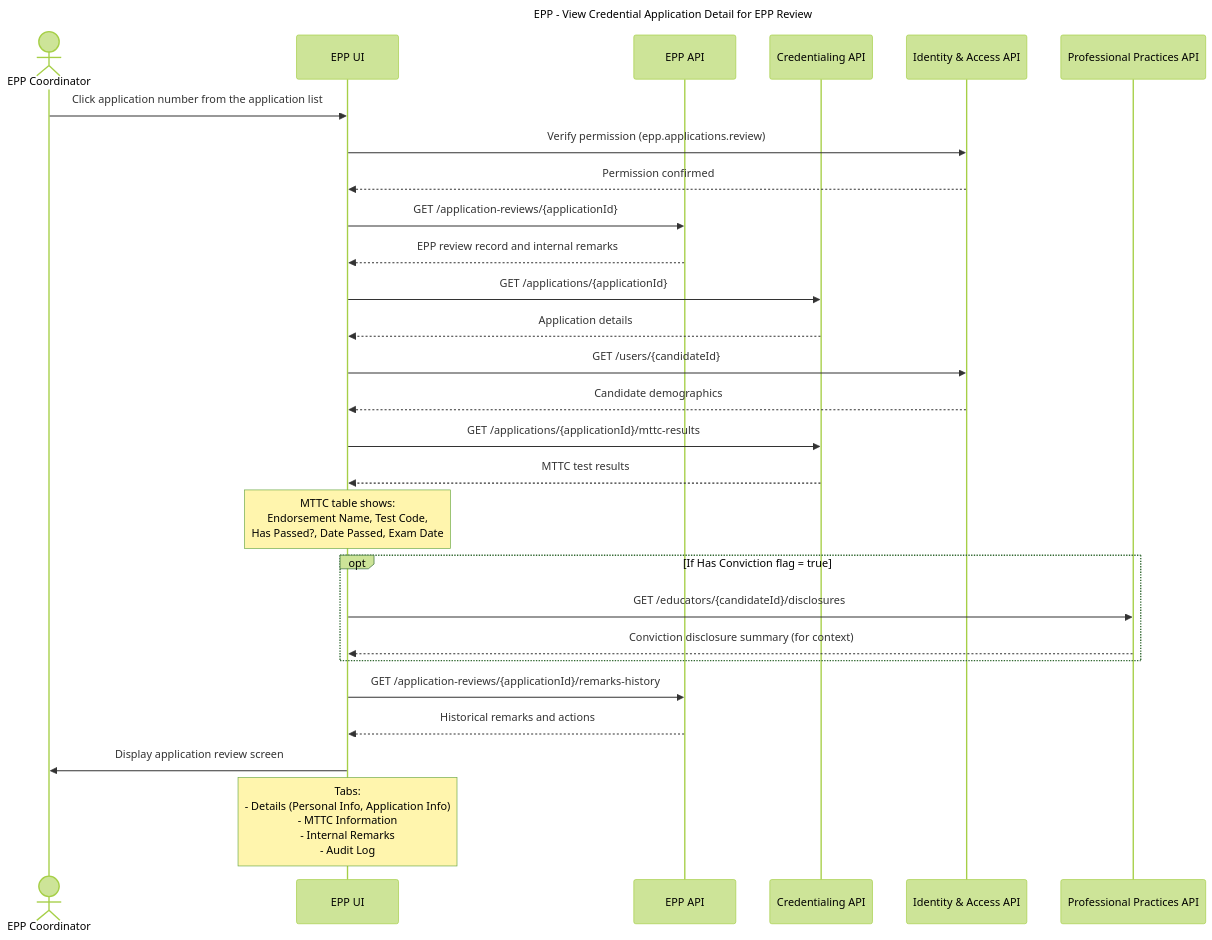
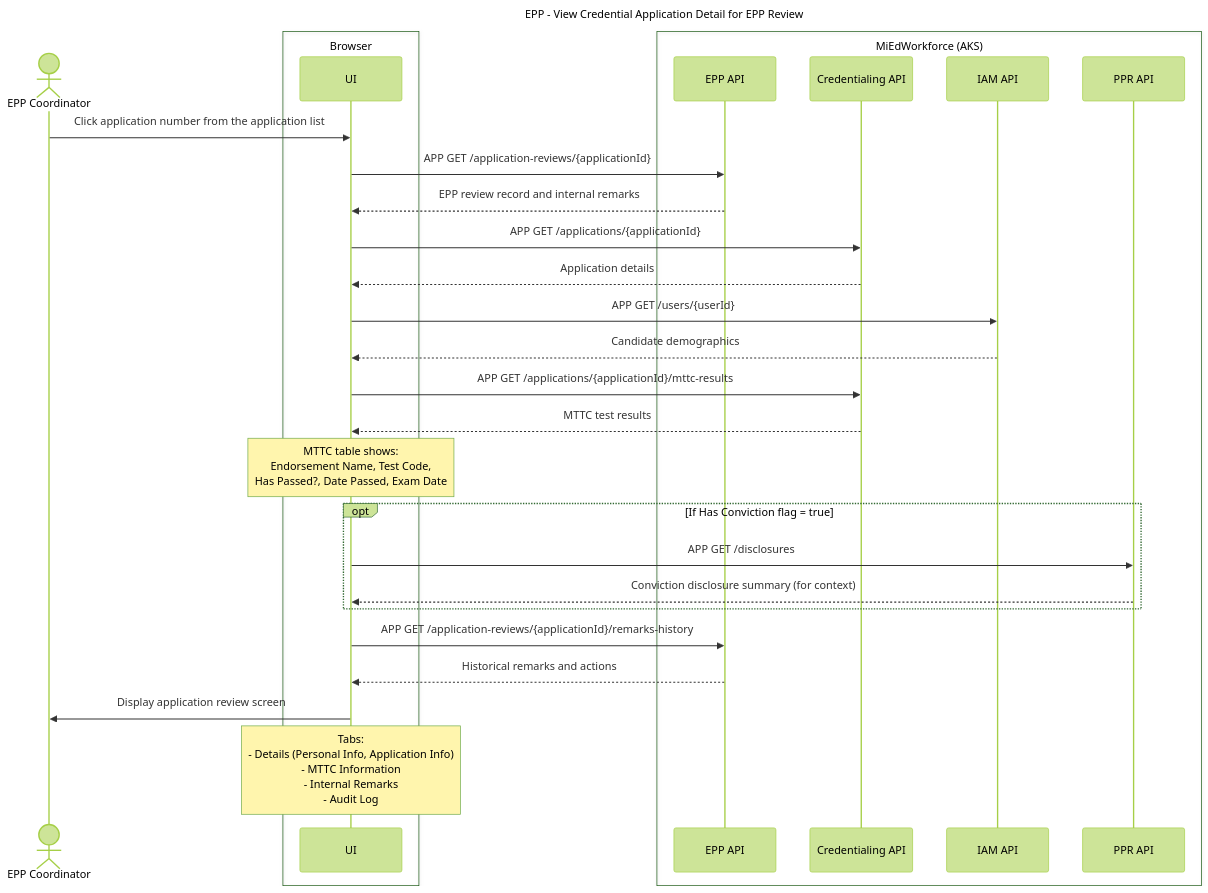
One commit to mnichols-dl/mied-design changed diagram 19 of 29 in working-docs/solution-areas/epp/epp-sequences.md. Above: the diagram before and after it, drawn with Mermaid (forest theme). The commit also changed other lines of this file and 34 other files, not shown here.

Commit message:
Update sequences and perform RTM assessment

````diff
--- a/working-docs/solution-areas/epp/epp-sequences.md
+++ b/working-docs/solution-areas/epp/epp-sequences.md
@@ -1160,40 +1058,42 @@
 ```mermaid
 ---
 title: EPP - View Credential Application Detail for EPP Review
 ---
 sequenceDiagram
     actor Coordinator as EPP Coordinator
-    participant UI as EPP UI
-    participant EPPService as EPP API
-    participant CredService as Credentialing API
-    participant IAM as Identity & Access API
-    participant PPR as Professional Practices API
-    
+    box Browser
+    participant UI as UI
+    end
+    box MiEdWorkforce (AKS)
+    participant EppApi as EPP API
+    participant CredApi as Credentialing API
+    participant IamApi as IAM API
+    participant PprApi as PPR API
+    end
+
     Coordinator->>UI: Click application number from the application list
-    UI->>IAM: Verify permission (epp.applications.review)
-    IAM-->>UI: Permission confirmed
-    
-    UI->>EPPService: GET /application-reviews/{applicationId}
-    EPPService-->>UI: EPP review record and internal remarks
-    
-    UI->>CredService: GET /applications/{applicationId}
-    CredService-->>UI: Application details
-    
-    UI->>IAM: GET /users/{candidateId}
-    IAM-->>UI: Candidate demographics
-    
-    UI->>CredService: GET /applications/{applicationId}/mttc-results
-    CredService-->>UI: MTTC test results
+
+    UI->>EppApi: APP GET /application-reviews/{applicationId}
+    EppApi-->>UI: EPP review record and internal remarks
+
+    UI->>CredApi: APP GET /applications/{applicationId}
+    CredApi-->>UI: Application details
+
+    UI->>IamApi: APP GET /users/{userId}
+    IamApi-->>UI: Candidate demographics
+
+    UI->>CredApi: APP GET /applications/{applicationId}/mttc-results
+    CredApi-->>UI: MTTC test results
     Note over UI: MTTC table shows:<br/>Endorsement Name, Test Code,<br/>Has Passed?, Date Passed, Exam Date
-    
+
     opt If Has Conviction flag = true
-        UI->>PPR: GET /educators/{candidateId}/disclosures
-        PPR-->>UI: Conviction disclosure summary (for context)
+        UI->>PprApi: APP GET /disclosures
+        PprApi-->>UI: Conviction disclosure summary (for context)
     end
-    
-    UI->>EPPService: GET /application-reviews/{applicationId}/remarks-history
-    EPPService-->>UI: Historical remarks and actions
-    
+
+    UI->>EppApi: APP GET /application-reviews/{applicationId}/remarks-history
+    EppApi-->>UI: Historical remarks and actions
+
     UI->>Coordinator: Display application review screen
     Note over UI: Tabs:<br/>- Details (Personal Info, Application Info)<br/>- MTTC Information<br/>- Internal Remarks<br/>- Audit Log
 ```
````
